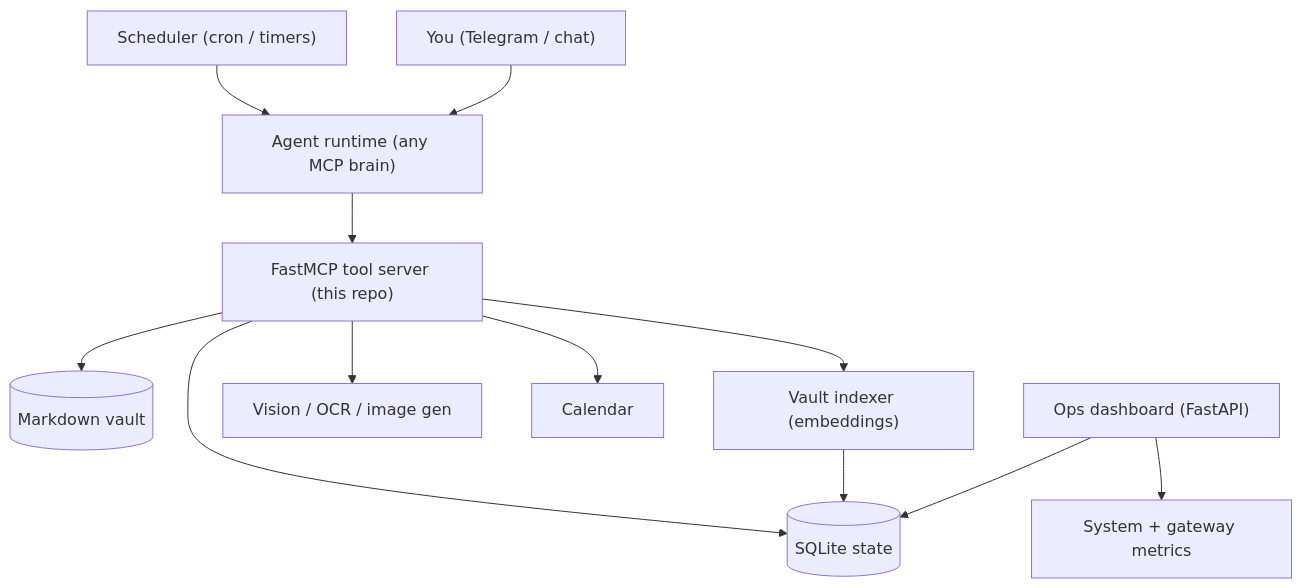
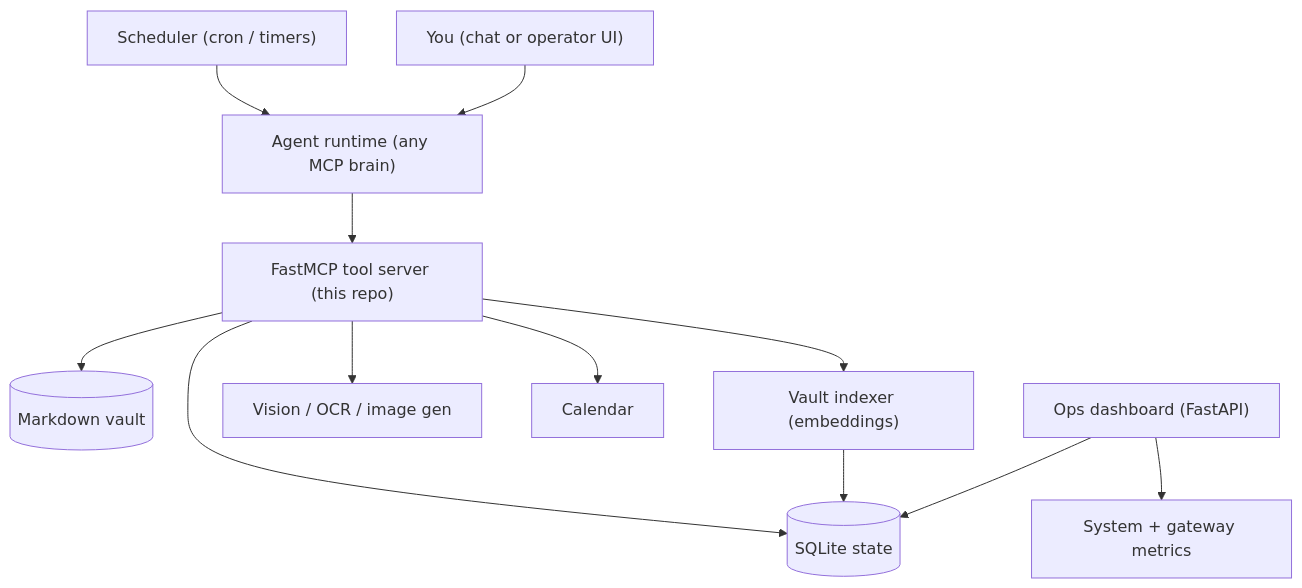
The diagram in ARCHITECTURE.md (mirasolutions06/ai-ops-agent), drawn with Mermaid before and after one commit. The commit also changed other lines of this file and 4 other files, not shown here.

````diff
--- a/ARCHITECTURE.md
+++ b/ARCHITECTURE.md
@@ -21,14 +20,14 @@
 ```mermaid
 flowchart TD
     Cron["Scheduler (cron / timers)"] --> Runtime["Agent runtime (any MCP brain)"]
-    Chat["You (Telegram / chat)"] --> Runtime
+    Chat["You (chat or operator UI)"] --> Runtime
     Runtime --> MCP["FastMCP tool server (this repo)"]
     MCP --> Vault[("Markdown vault")]
     MCP --> DB[("SQLite state")]
     MCP --> Index["Vault indexer (embeddings)"]
     Index --> DB
     MCP --> Multi["Vision / OCR / image gen"]
     MCP --> Cal["Calendar"]
     Dash["Ops dashboard (FastAPI)"] --> DB
     Dash --> Sys["System + gateway metrics"]
 ```
````
